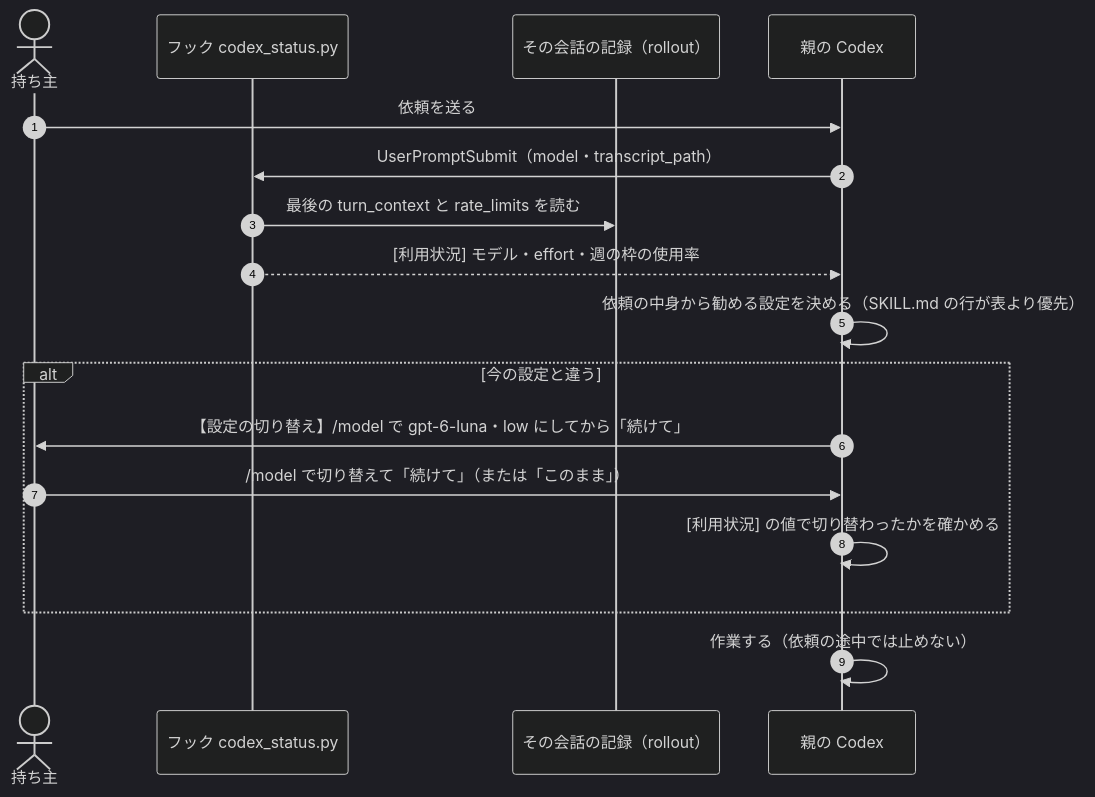
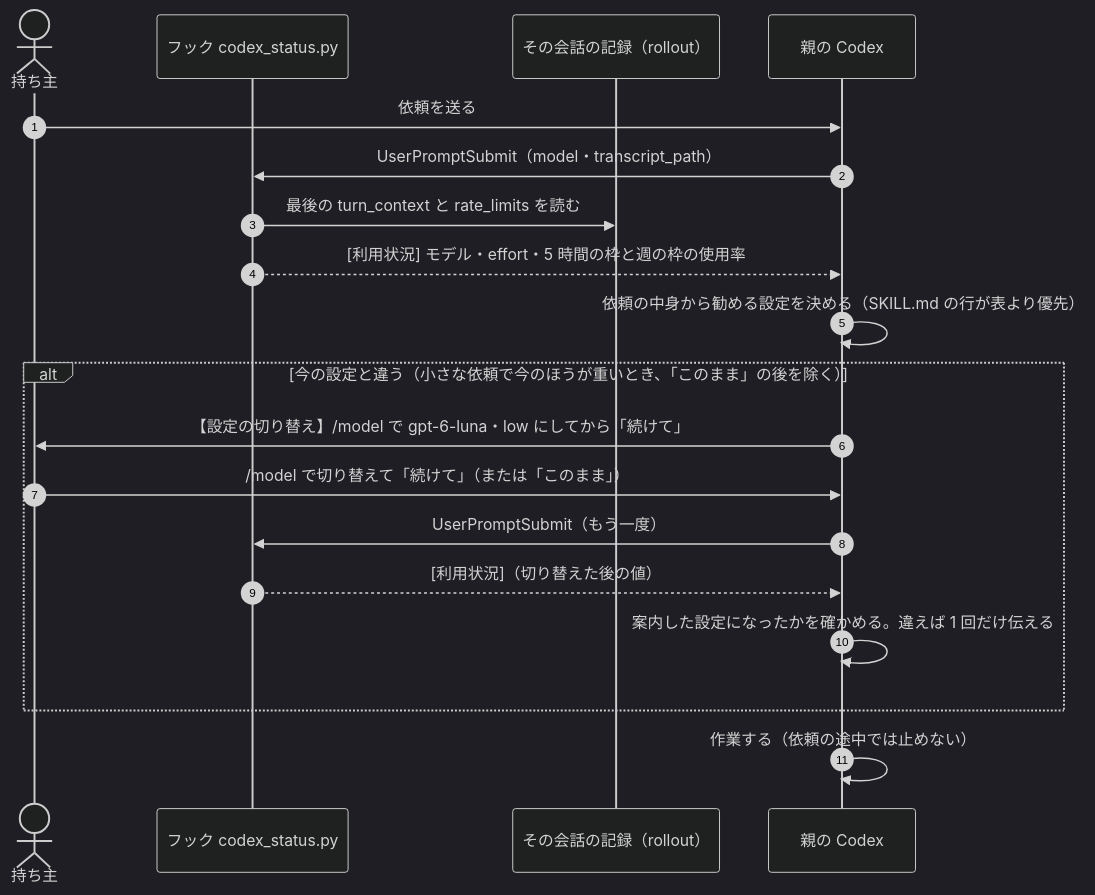
Before and after one commit to iroha924/dev-com: the fourth of 6 diagrams in README.md, drawn with Mermaid (dark theme). The commit also changed other lines of this file and 1 other file, not shown here.

Commit message:
docs: 図と本文を実装に合わせ、Unblock-File を自分の skill だけにかける（レビューの指摘）

````diff
--- a/README.md
+++ b/README.md
@@ -186,19 +186,21 @@
    ```mermaid
    sequenceDiagram
        autonumber
        actor O as 持ち主
        participant H as フック codex_status.py
        participant R as その会話の記録（rollout）
        participant X as 親の Codex
        O->>X: 依頼を送る
        X->>H: UserPromptSubmit（model・transcript_path）
        H->>R: 最後の turn_context と rate_limits を読む
-       H-->>X: [利用状況] モデル・effort・週の枠の使用率
+       H-->>X: [利用状況] モデル・effort・5 時間の枠と週の枠の使用率
        X->>X: 依頼の中身から勧める設定を決める（SKILL.md の行が表より優先）
-       alt 今の設定と違う
+       alt 今の設定と違う（小さな依頼で今のほうが重いとき、「このまま」の後を除く）
            X->>O: 【設定の切り替え】/model で gpt-6-luna・low にしてから「続けて」
            O->>X: /model で切り替えて「続けて」（または「このまま」）
-           X->>X: [利用状況] の値で切り替わったかを確かめる
+           X->>H: UserPromptSubmit（もう一度）
+           H-->>X: [利用状況]（切り替えた後の値）
+           X->>X: 案内した設定になったかを確かめる。違えば 1 回だけ伝える
        end
        X->>X: 作業する（依頼の途中では止めない）
    ```
````
